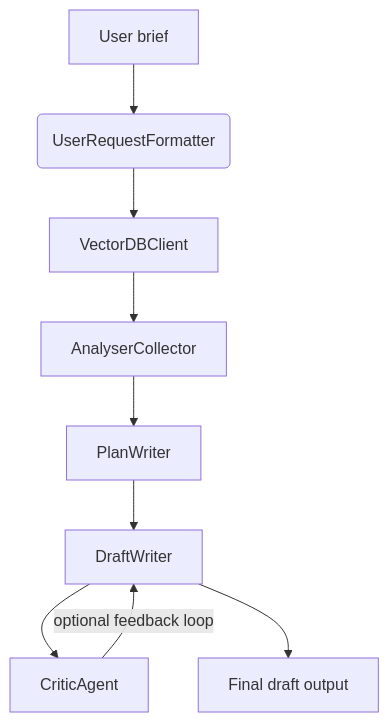
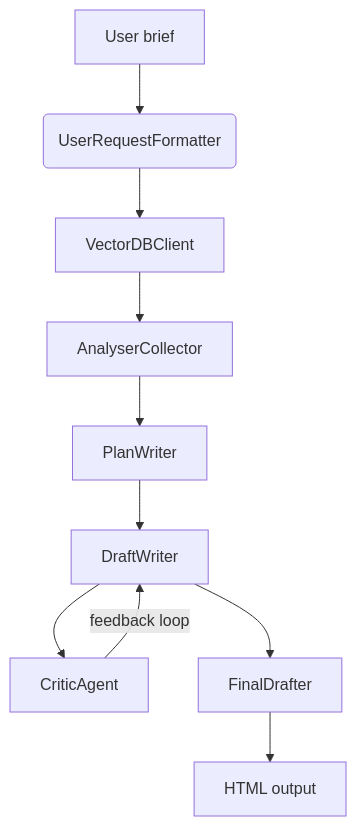
Before and after one commit to DeJongnick/Agentic_Times: the diagram in README.md, drawn with Mermaid. The commit also changed other lines of this file and 5 other files, not shown here.

````diff
--- a/README.md
+++ b/README.md
@@ -17,11 +39,12 @@
 ```mermaid
 flowchart TD
     A[User brief] --> B(UserRequestFormatter)
     B --> C[VectorDBClient]
     C --> D[AnalyserCollector]
     D --> E[PlanWriter]
     E --> F[DraftWriter]
     F --> G[CriticAgent]
-    G -- optional feedback loop --> F
-    F --> H[Final draft output]
+    G -- feedback loop --> F
+    F --> H[FinalDrafter]
+    H --> I[HTML output]
 ```
````
